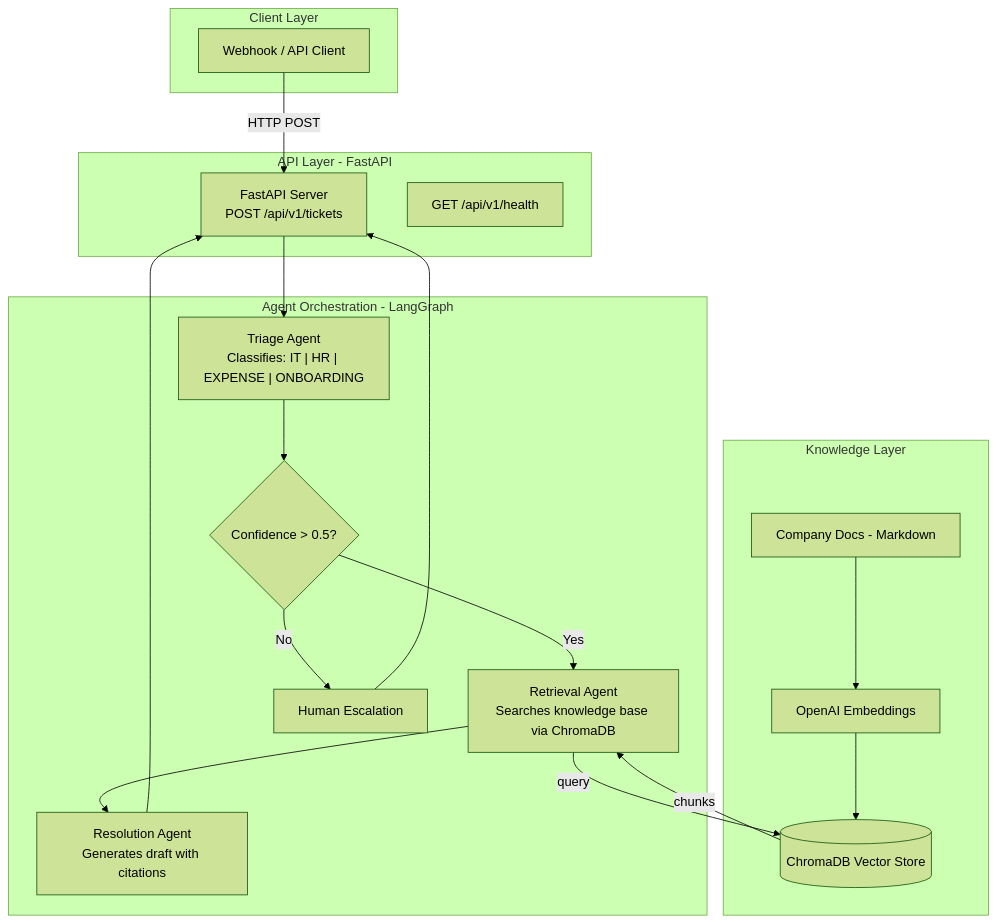
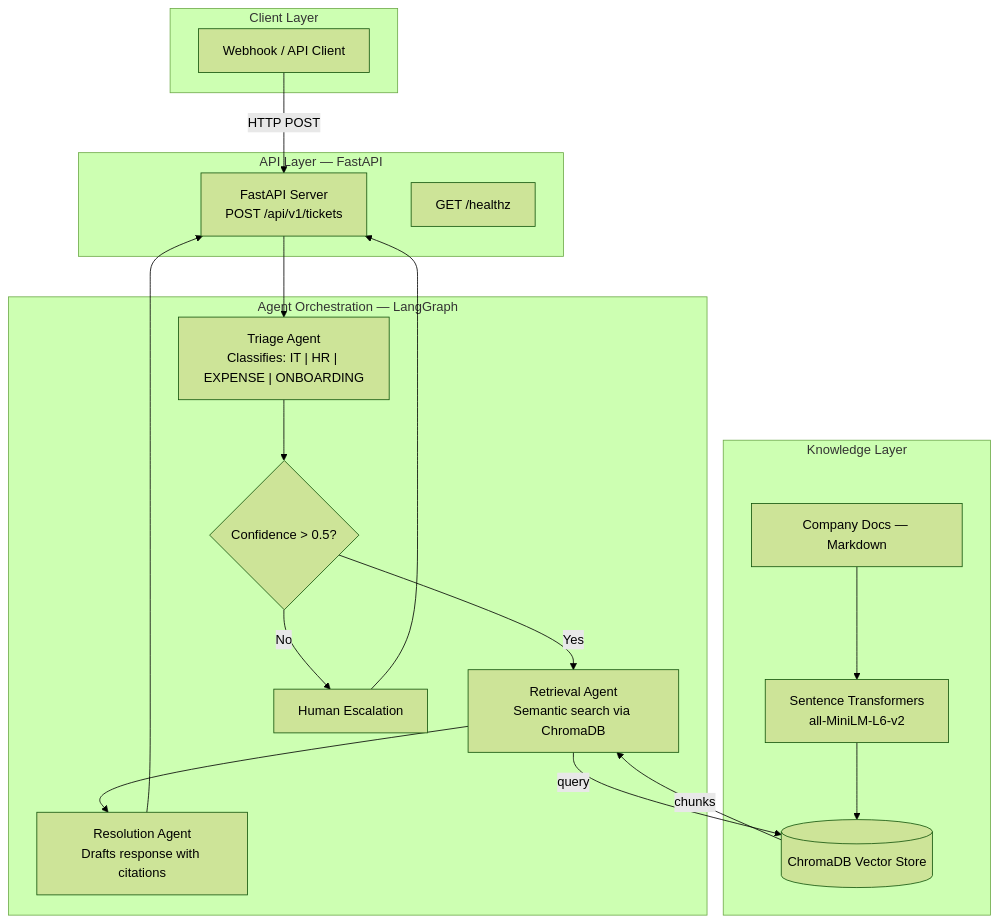
The diagram in README.md (vatsalyd/Multi-Agent-System-Planning), drawn with Mermaid (forest theme) before and after one commit. The commit also changed other lines of this file and 2 other files, not shown here.

````diff
--- a/README.md
+++ b/README.md
@@ -7,37 +35,37 @@
 ```mermaid
 graph TB
     subgraph "Client Layer"
         WH["Webhook / API Client"]
     end
 
-    subgraph "API Layer - FastAPI"
+    subgraph "API Layer — FastAPI"
         API["FastAPI Server<br/>POST /api/v1/tickets"]
-        HEALTH["GET /api/v1/health"]
+        HEALTH["GET /healthz"]
     end
 
-    subgraph "Agent Orchestration - LangGraph"
+    subgraph "Agent Orchestration — LangGraph"
         TA["Triage Agent<br/>Classifies: IT | HR | EXPENSE | ONBOARDING"]
         GATE{"Confidence > 0.5?"}
-        RA["Retrieval Agent<br/>Searches knowledge base via ChromaDB"]
-        RES["Resolution Agent<br/>Generates draft with citations"]
+        RA["Retrieval Agent<br/>Semantic search via ChromaDB"]
+        RES["Resolution Agent<br/>Drafts response with citations"]
         ESC["Human Escalation"]
     end
 
     subgraph "Knowledge Layer"
-        EMB["OpenAI Embeddings"]
+        EMB["Sentence Transformers<br/>all-MiniLM-L6-v2"]
         CDB[("ChromaDB Vector Store")]
-        KB["Company Docs - Markdown"]
+        KB["Company Docs — Markdown"]
     end
 
     WH -->|HTTP POST| API
     API --> TA
     TA --> GATE
     GATE -->|Yes| RA
     GATE -->|No| ESC
     RA -->|query| CDB
     CDB -->|chunks| RA
     RA --> RES
     RES --> API
     ESC --> API
     KB --> EMB --> CDB
 ```
````
